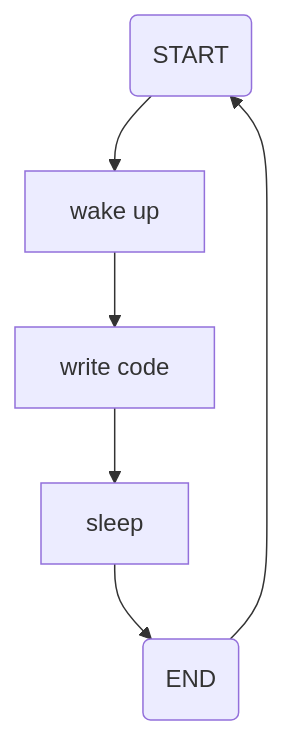
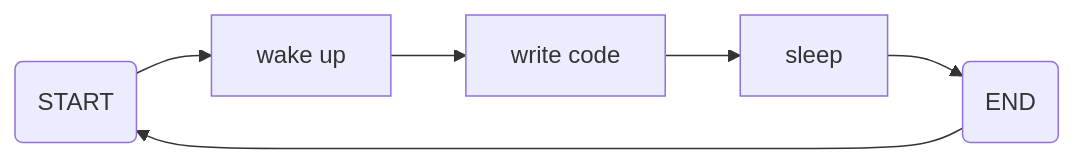
Before and after one commit to xMo-101/MoeezAw: the diagram in README.md, drawn with Mermaid. The commit also changed other lines of this file, not shown here.

````diff
--- a/README.md
+++ b/README.md
@@ -6,12 +7,12 @@
 ```mermaid
-  flowchart TD
+  flowchart LR
     A(START)
 
     B[wake up]
     C[write code]
     D[sleep]
     
     Z(END)
 
     A --> B --> C --> D --> Z --> A
 ```
````
